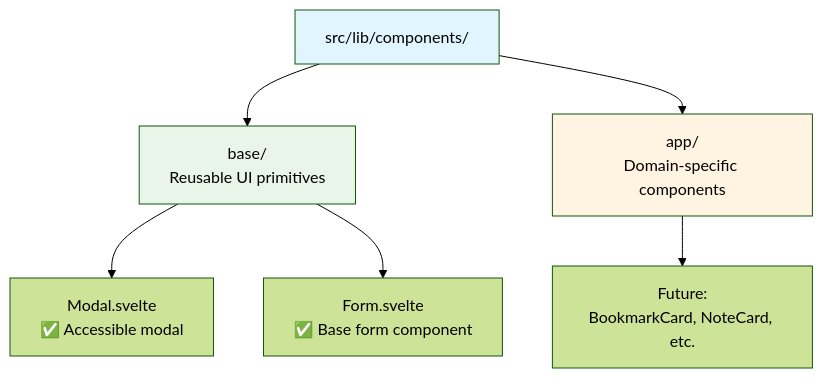
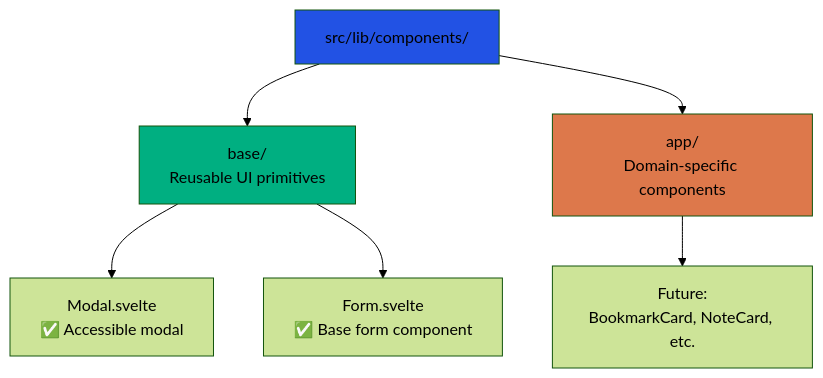
One commit to ikbenbas/mijnnaamisbas changed the fifth of 9 diagrams in ARCHITECTURE_DIAGRAMS.md. Above: the diagram before and after it, drawn with Mermaid (forest theme). The commit also changed other lines of this file, not shown here.

````diff
--- a/ARCHITECTURE_DIAGRAMS.md
+++ b/ARCHITECTURE_DIAGRAMS.md
@@ -136,15 +136,15 @@
 ```mermaid
 graph TD
     Root[src/lib/components/]
     Root --> Base[base/<br/>Reusable UI primitives]
     Root --> App[app/<br/>Domain-specific components]
 
     Base --> Modal[Modal.svelte<br/>✅ Accessible modal]
     Base --> Form[Form.svelte<br/>✅ Base form component]
 
     App --> Future[Future:<br/>BookmarkCard, NoteCard, etc.]
 
-    style Root fill:#e1f5ff
-    style Base fill:#e8f5e8
-    style App fill:#fff4e1
+    style Root fill:#2252e4
+    style Base fill:#00af81
+    style App fill:#dd784b
 ```
````
